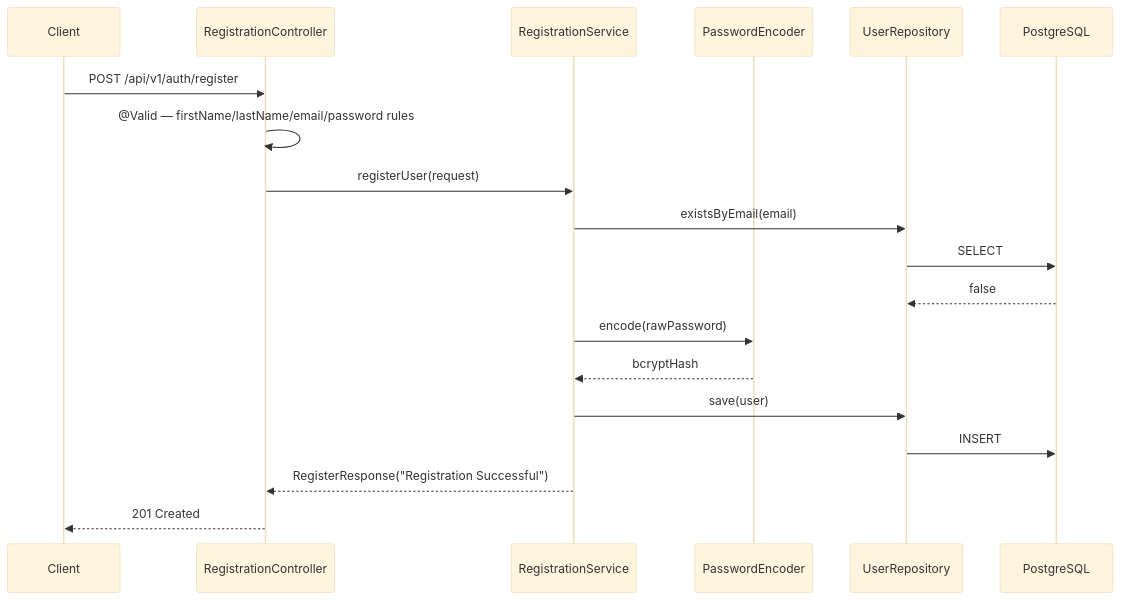
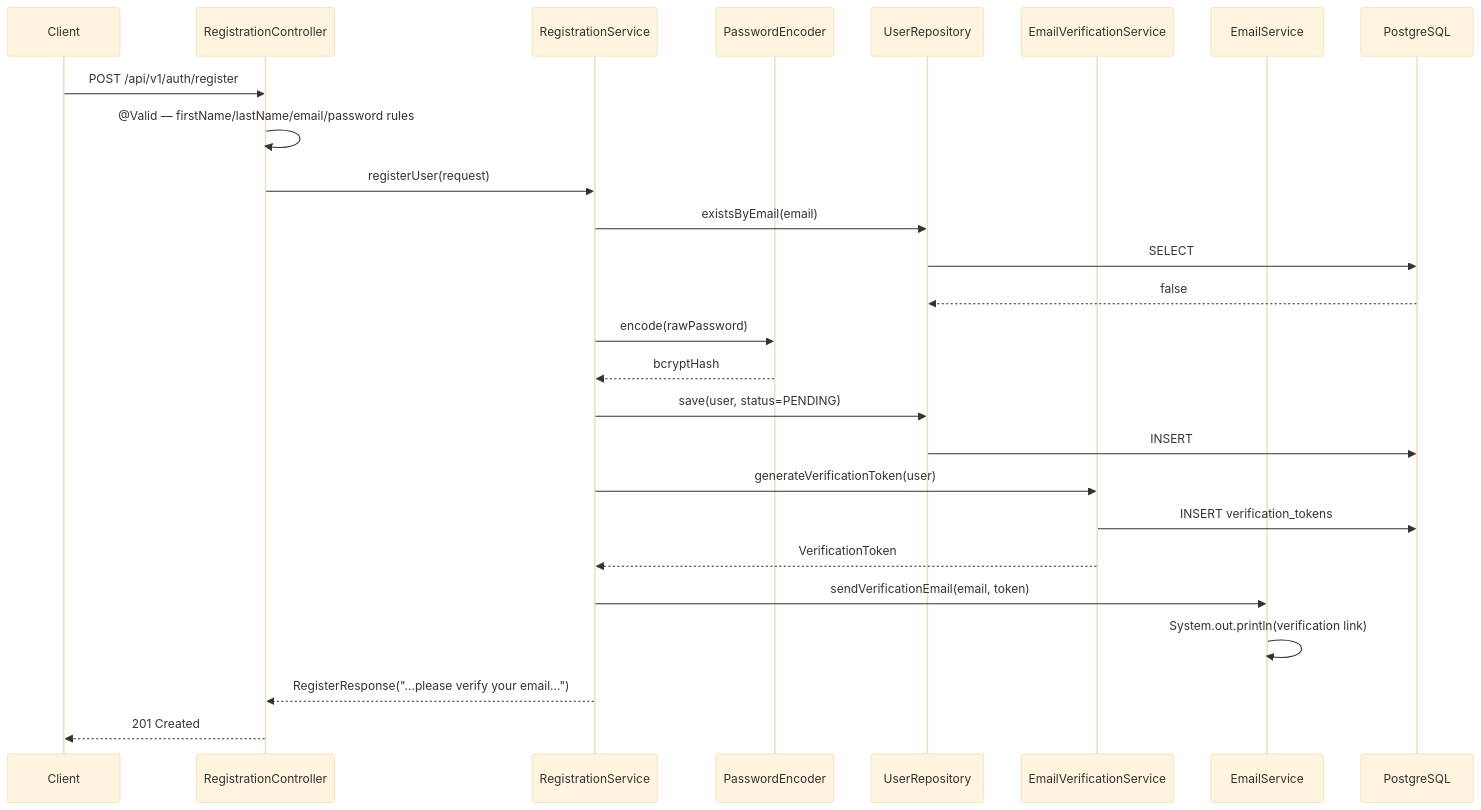
The third of 8 diagrams in docs/architecture.md (SUDHAKAR445/auth-platform), drawn with Mermaid (base theme) before and after one commit. The commit also changed other lines of this file and 22 other files, not shown here.

Commit message:
Email verification added

````diff
--- a/docs/architecture.md
+++ b/docs/architecture.md
@@ -102,22 +145,29 @@
 ```mermaid
 sequenceDiagram
     participant C as Client
     participant Ctrl as RegistrationController
     participant Svc as RegistrationService
     participant Enc as PasswordEncoder
     participant Repo as UserRepository
+    participant VSvc as EmailVerificationService
+    participant Mail as EmailService
     participant DB as PostgreSQL
 
     C->>Ctrl: POST /api/v1/auth/register
     Ctrl->>Ctrl: @Valid — firstName/lastName/email/password rules
     Ctrl->>Svc: registerUser(request)
     Svc->>Repo: existsByEmail(email)
     Repo->>DB: SELECT
     DB-->>Repo: false
     Svc->>Enc: encode(rawPassword)
     Enc-->>Svc: bcryptHash
-    Svc->>Repo: save(user)
+    Svc->>Repo: save(user, status=PENDING)
     Repo->>DB: INSERT
-    Svc-->>Ctrl: RegisterResponse("Registration Successful")
+    Svc->>VSvc: generateVerificationToken(user)
+    VSvc->>DB: INSERT verification_tokens
+    VSvc-->>Svc: VerificationToken
+    Svc->>Mail: sendVerificationEmail(email, token)
+    Mail->>Mail: System.out.println(verification link)
+    Svc-->>Ctrl: RegisterResponse("...please verify your email...")
     Ctrl-->>C: 201 Created
 ```
````
